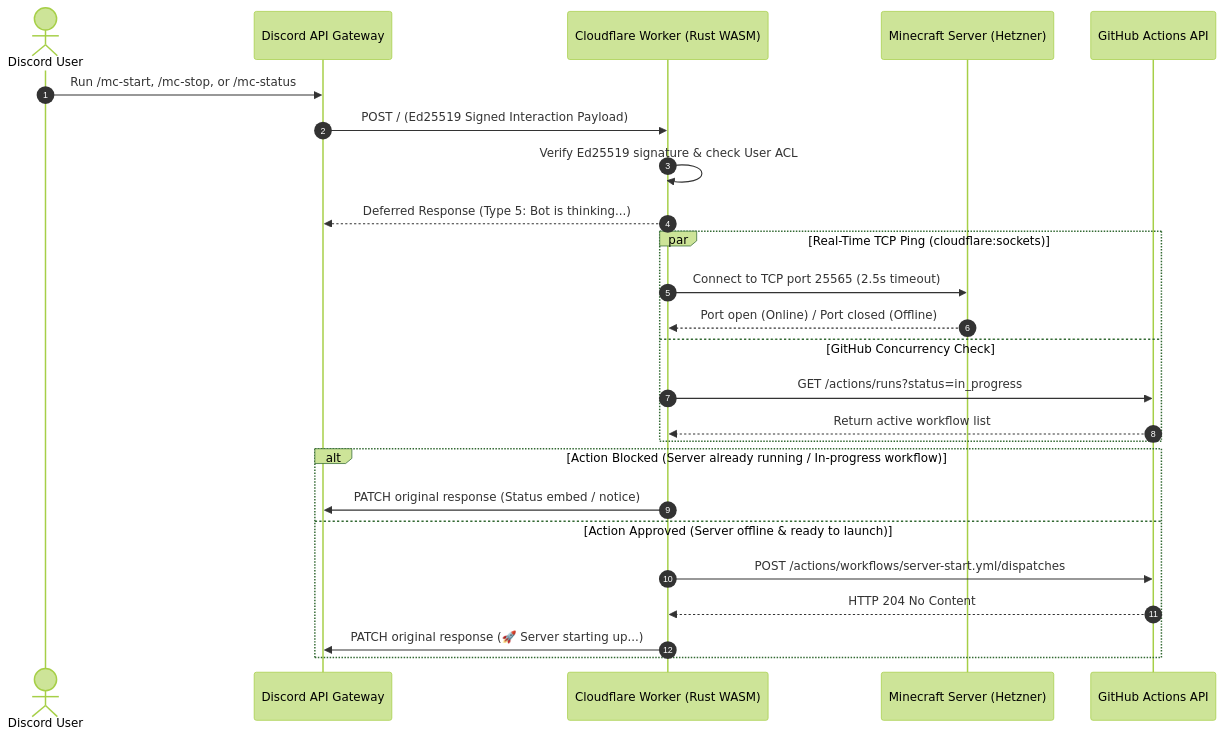
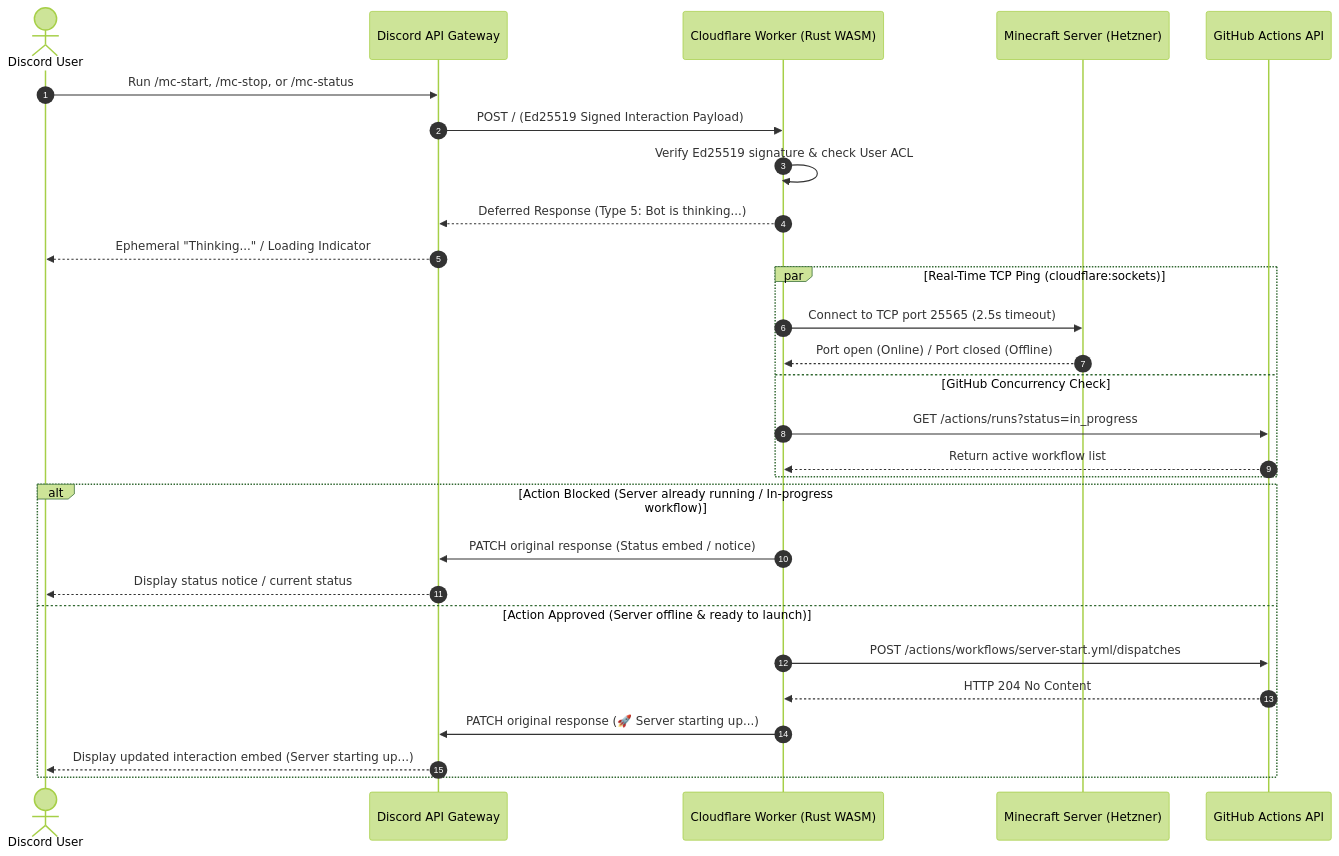
Before and after one commit to bumuellp/mine-your-own-bum: the diagram in integrations/discord-bot/README.md, drawn with Mermaid (forest theme). The commit also changed other lines of this file and 1 other file, not shown here.

Commit message:
fix(discord): align worker name and update sequence diagram

````diff
--- a/integrations/discord-bot/README.md
+++ b/integrations/discord-bot/README.md
@@ -9,28 +9,31 @@
 ```mermaid
 sequenceDiagram
     autonumber
     actor User as Discord User
     participant Discord as Discord API Gateway
     participant Worker as Cloudflare Worker (Rust WASM)
     participant Server as Minecraft Server (Hetzner)
     participant GitHub as GitHub Actions API
 
     User->>Discord: Run /mc-start, /mc-stop, or /mc-status
     Discord->>Worker: POST / (Ed25519 Signed Interaction Payload)
     Worker->>Worker: Verify Ed25519 signature & check User ACL
     Worker-->>Discord: Deferred Response (Type 5: Bot is thinking...)
+    Discord-->>User: Ephemeral "Thinking..." / Loading Indicator
     par Real-Time TCP Ping (cloudflare:sockets)
         Worker->>Server: Connect to TCP port 25565 (2.5s timeout)
         Server-->>Worker: Port open (Online) / Port closed (Offline)
     and GitHub Concurrency Check
         Worker->>GitHub: GET /actions/runs?status=in_progress
         GitHub-->>Worker: Return active workflow list
     end
     alt Action Blocked (Server already running / In-progress workflow)
         Worker->>Discord: PATCH original response (Status embed / notice)
+        Discord-->>User: Display status notice / current status
     else Action Approved (Server offline & ready to launch)
         Worker->>GitHub: POST /actions/workflows/server-start.yml/dispatches
         GitHub-->>Worker: HTTP 204 No Content
         Worker->>Discord: PATCH original response (🚀 Server starting up...)
+        Discord-->>User: Display updated interaction embed (Server starting up...)
     end
 ```
````
